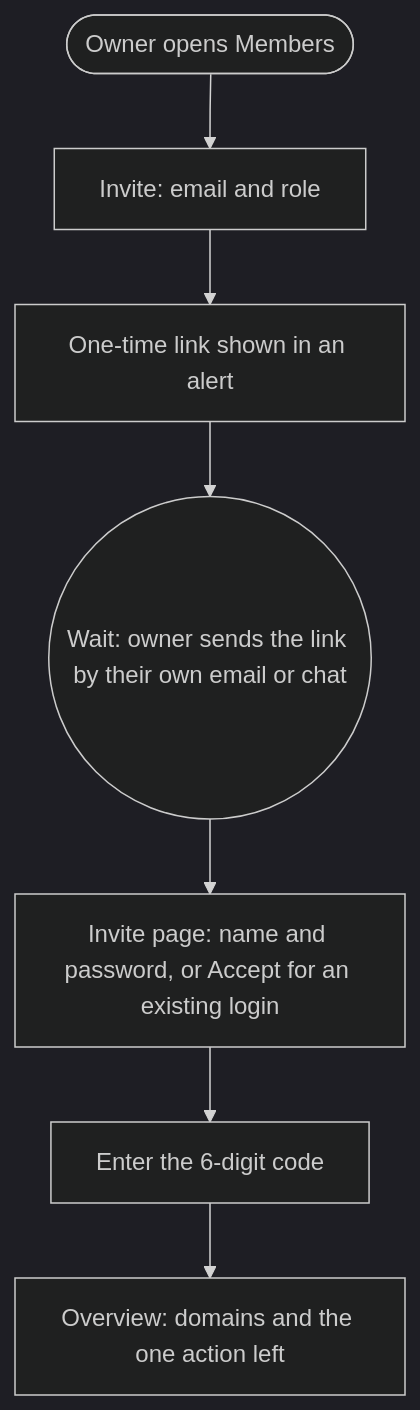
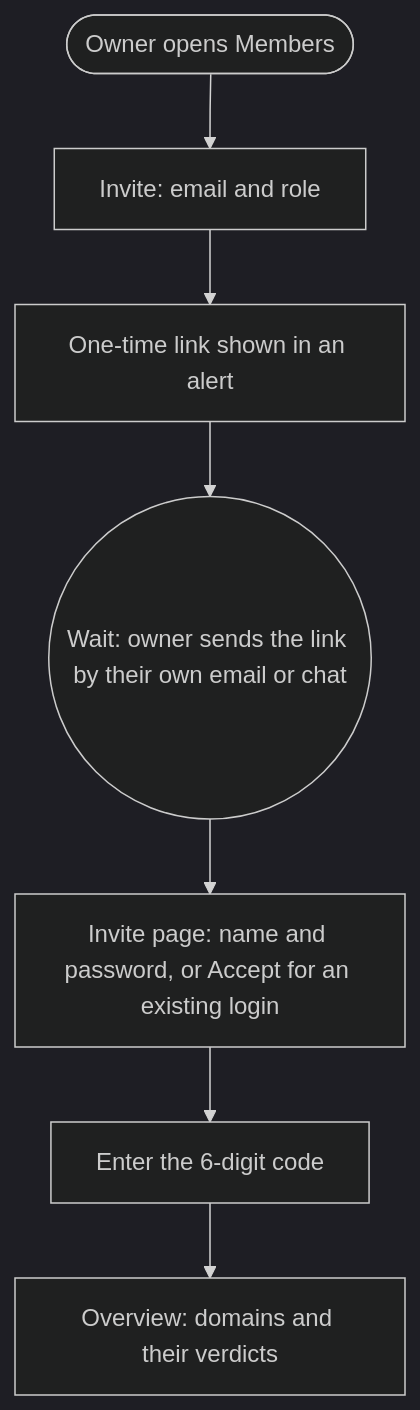
Before and after one commit to fellowship-dev/ready-set-mail: the diagram in .flowchad/flows/invited-teammate-joins.map.md, drawn with Mermaid (dark theme). The commit also changed other lines of this file and 32 other files, not shown here.

````diff
--- a/.flowchad/flows/invited-teammate-joins.map.md
+++ b/.flowchad/flows/invited-teammate-joins.map.md
@@ -7,9 +7,9 @@
 ```mermaid
 flowchart TD
   entry([Owner opens Members]) --> form[Invite: email and role]
   form --> link[One-time link shown in an alert]
   link --> pass((Wait: owner sends the link by their own email or chat))
   pass --> join[Invite page: name and password, or Accept for an existing login]
   join --> code[Enter the 6-digit code]
-  code --> overview[Overview: domains and the one action left]:::value
+  code --> overview[Overview: domains and their verdicts]:::value
 ```
````
